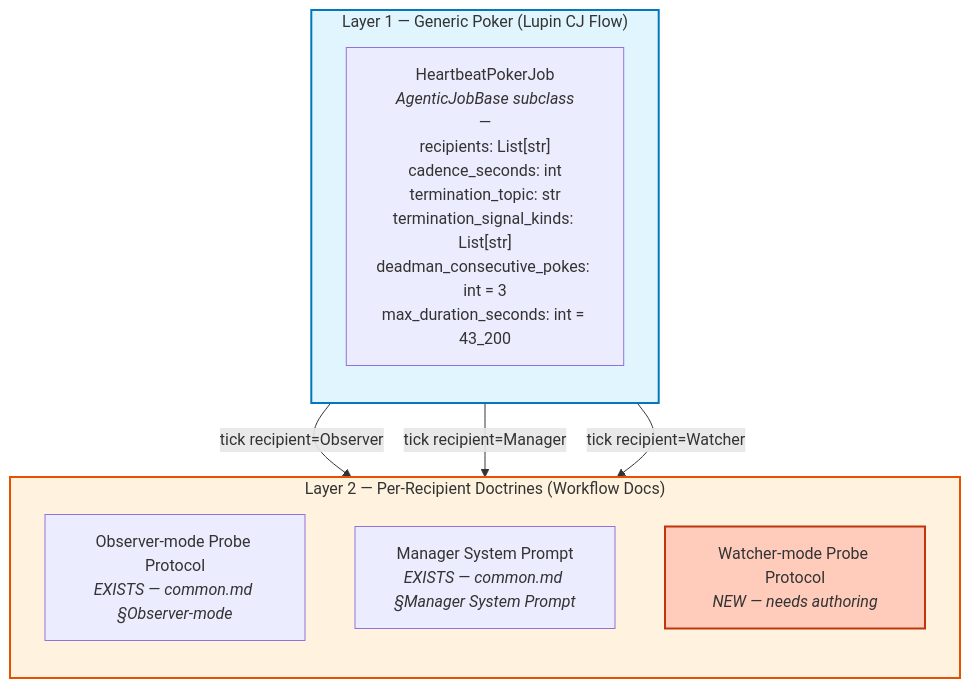
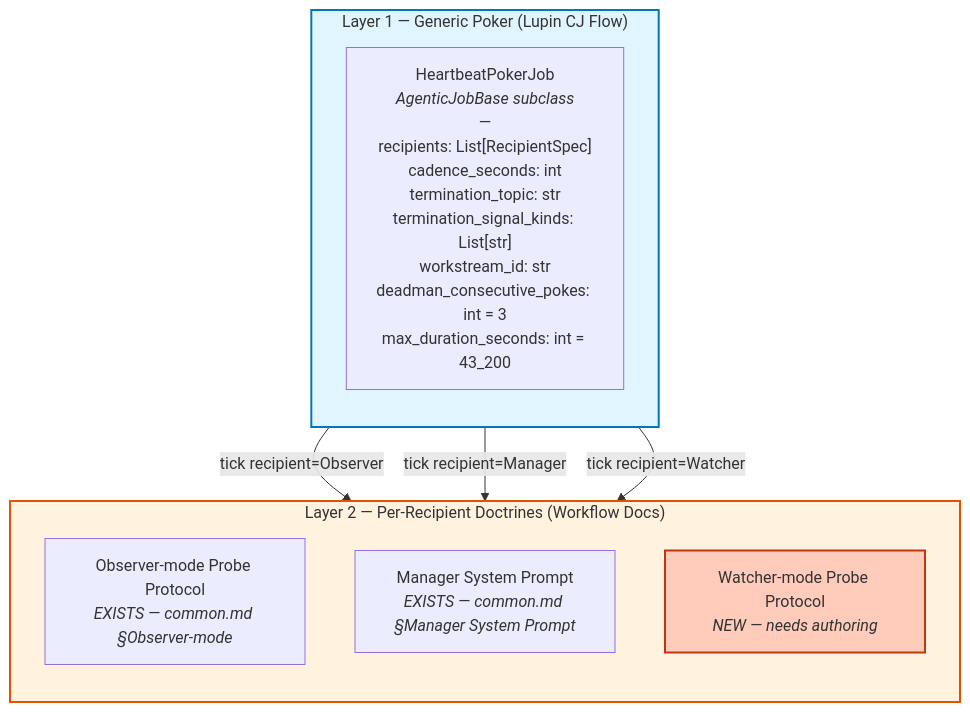
The first of 2 diagrams in src/rnd/v0.1.7/2026.05.20-generic-heartbeat-poker-abstraction-design.md (deepily/lupin), drawn with Mermaid before and after one commit. The commit also changed other lines of this file, not shown here.

First line of the commit message:
[LUPIN] Heartbeat-poker design: apply Cascade Run 5 Pass 1 Fitness findings

````diff
--- a/src/rnd/v0.1.7/2026.05.20-generic-heartbeat-poker-abstraction-design.md
+++ b/src/rnd/v0.1.7/2026.05.20-generic-heartbeat-poker-abstraction-design.md
@@ -41,22 +43,22 @@
 ```mermaid
 graph TB
     subgraph Layer1["Layer 1 — Generic Poker (Lupin CJ Flow)"]
         direction TB
-        Poker["HeartbeatPokerJob<br/><i>AgenticJobBase subclass</i><br/>—<br/>recipients: List[str]<br/>cadence_seconds: int<br/>termination_topic: str<br/>termination_signal_kinds: List[str]<br/>deadman_consecutive_pokes: int = 3<br/>max_duration_seconds: int = 43_200"]
+        Poker["HeartbeatPokerJob<br/><i>AgenticJobBase subclass</i><br/>—<br/>recipients: List[RecipientSpec]<br/>cadence_seconds: int<br/>termination_topic: str<br/>termination_signal_kinds: List[str]<br/>workstream_id: str<br/>deadman_consecutive_pokes: int = 3<br/>max_duration_seconds: int = 43_200"]
     end
 
     subgraph Layer2["Layer 2 — Per-Recipient Doctrines (Workflow Docs)"]
         direction TB
         ObsProto["Observer-mode Probe Protocol<br/><i>EXISTS — common.md §Observer-mode</i>"]
         MgrProto["Manager System Prompt<br/><i>EXISTS — common.md §Manager System Prompt</i>"]
         WatchProto["Watcher-mode Probe Protocol<br/><i>NEW — needs authoring</i>"]
     end
 
     Poker -->|tick recipient=Observer| ObsProto
     Poker -->|tick recipient=Manager| MgrProto
     Poker -->|tick recipient=Watcher| WatchProto
 
     style Layer1 fill:#E1F5FE,stroke:#0277BD,stroke-width:2px
     style Layer2 fill:#FFF3E0,stroke:#E65100,stroke-width:2px
     style WatchProto fill:#FFCCBC,stroke:#BF360C,stroke-width:2px
 ```
````
